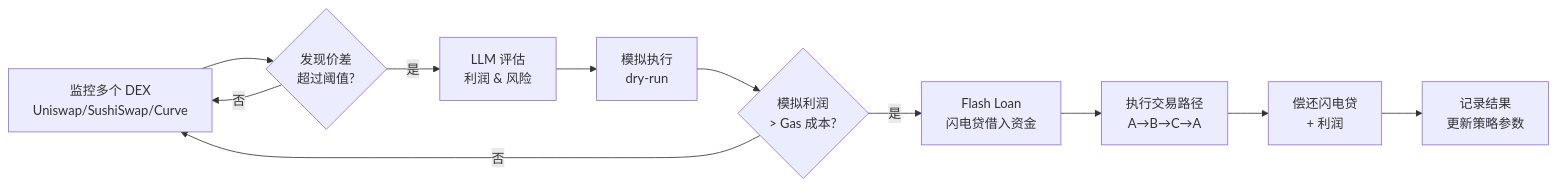
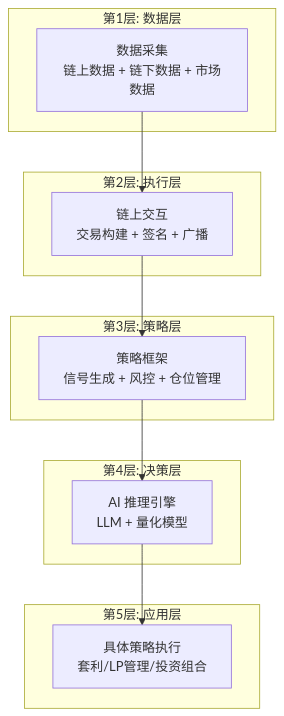
One commit to Silence-dream/ai-web3-school-cohort-0 changed the first of 12 diagrams in daily/2025-06-02.md. Above: the diagram before and after it, drawn with Mermaid. The commit also changed other lines of this file, not shown here.

````diff
--- a/daily/2025-06-02.md
+++ b/daily/2025-06-02.md
@@ -50,13 +52,19 @@
 ```mermaid
-flowchart LR
-    A[监控多个 DEX<br/>Uniswap/SushiSwap/Curve] --> B{发现价差<br/>超过阈值?}
-    B -->|否| A
-    B -->|是| C[LLM 评估<br/>利润 & 风险]
-    C --> D[模拟执行<br/>dry-run]
-    D --> E{模拟利润<br/>> Gas 成本?}
-    E -->|否| A
-    E -->|是| F[Flash Loan<br/>闪电贷借入资金]
-    F --> G[执行交易路径<br/>A→B→C→A]
-    G --> H[偿还闪电贷<br/>+ 利润]
-    H --> I[记录结果<br/>更新策略参数]
+flowchart TD
+    subgraph "第5层: 应用层"
+        A[具体策略执行<br/>套利/LP管理/投资组合]
+    end
+    subgraph "第4层: 决策层"
+        B[AI 推理引擎<br/>LLM + 量化模型]
+    end
+    subgraph "第3层: 策略层"
+        C[策略框架<br/>信号生成 + 风控 + 仓位管理]
+    end
+    subgraph "第2层: 执行层"
+        D[链上交互<br/>交易构建 + 签名 + 广播]
+    end
+    subgraph "第1层: 数据层"
+        E[数据采集<br/>链上数据 + 链下数据 + 市场数据]
+    end
+    E --> D --> C --> B --> A
 ```
````
